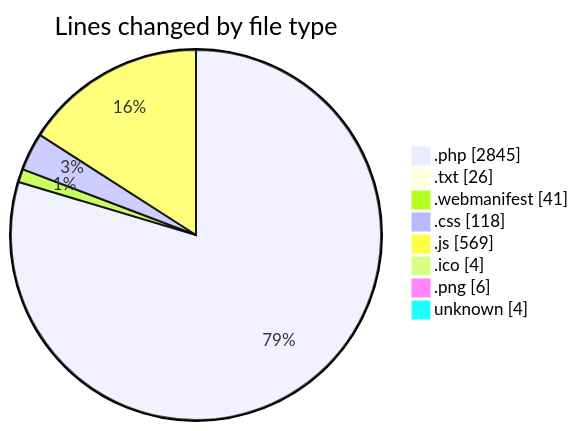
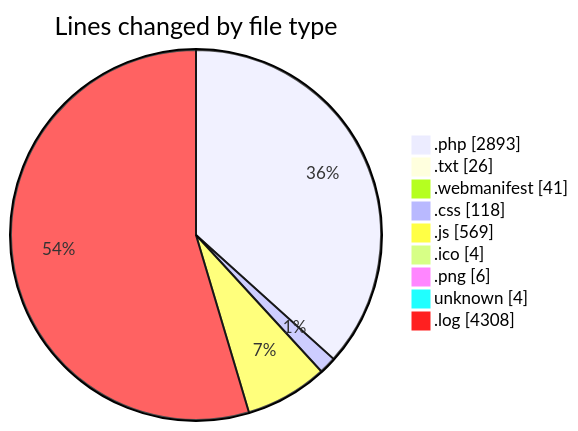
The first of 2 diagrams in 2025-08-20/quytuthien_vn/README.md (lephambinh05/code-tracking), drawn with Mermaid before and after one commit. The commit also changed other lines of this file and 1 other file, not shown here.

````diff
--- a/2025-08-20/quytuthien_vn/README.md
+++ b/2025-08-20/quytuthien_vn/README.md
@@ -86,12 +88,13 @@
 ```mermaid
 pie showData
 title Lines changed by file type
-".php" : 2845
+".php" : 2893
 ".txt" : 26
 ".webmanifest" : 41
 ".css" : 118
 ".js" : 569
 ".ico" : 4
 ".png" : 6
 "unknown" : 4
+".log" : 4308
 ```
````
